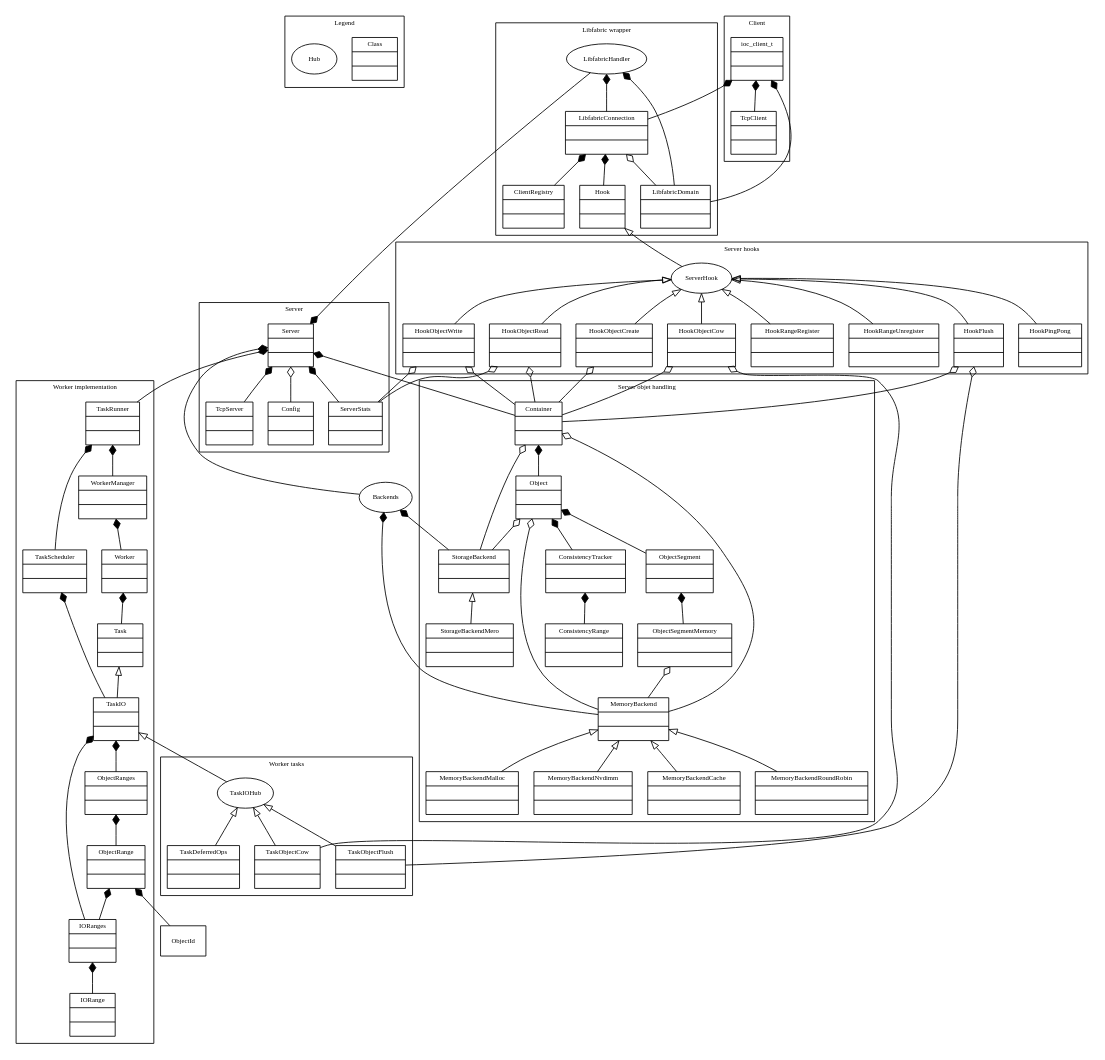
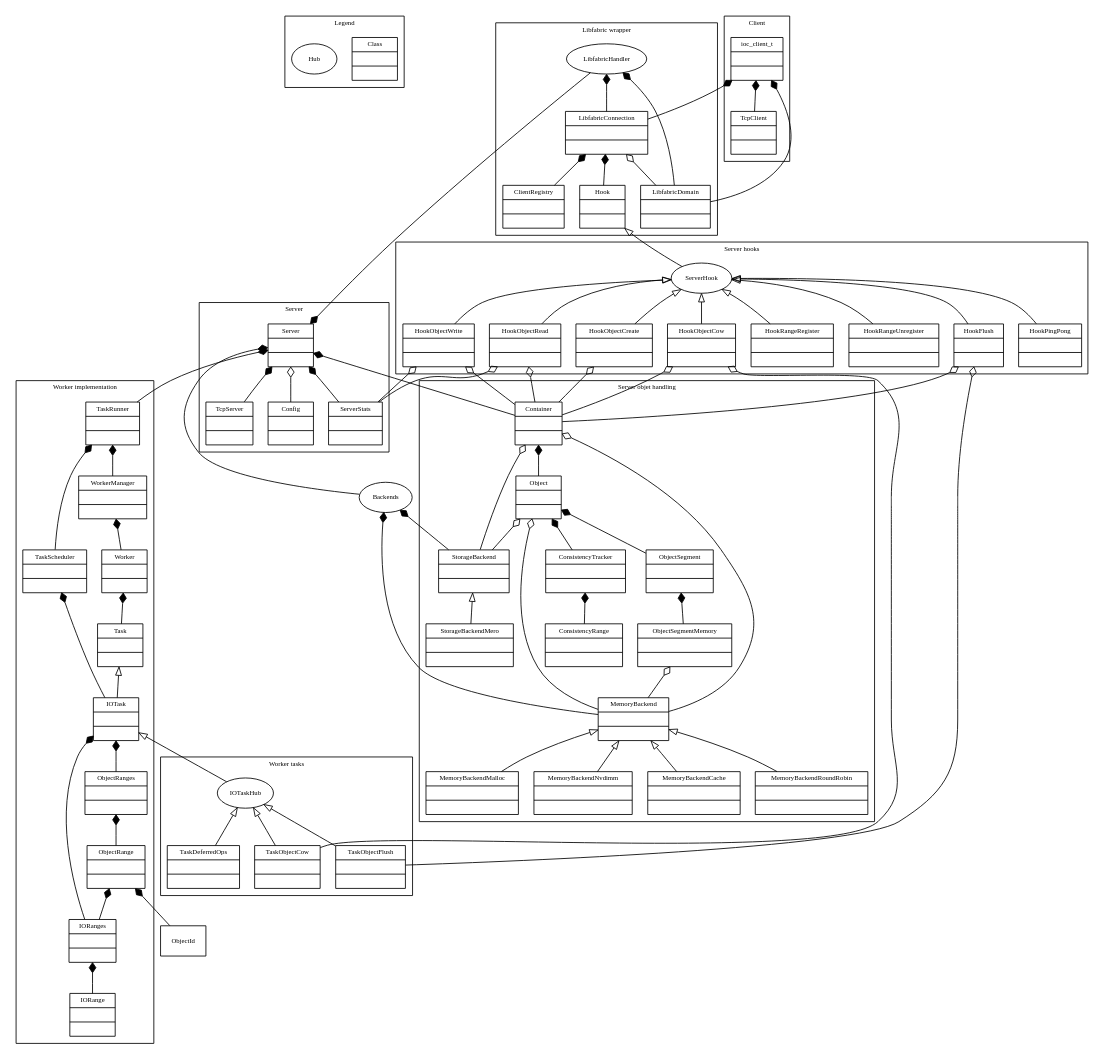
Before and after one commit to svalat/iocatcher: the diagram in doc/_static/uml.dot, drawn with Graphviz. The commit also changed 20 other files, not shown here.

Commit message:
[worker] Rename TaskIO => IOTask

```diff
--- a/doc/_static/uml.dot
+++ b/doc/_static/uml.dot
@@ -195,8 +195,8 @@
 	subgraph cluster_tasks {
 		label = "Worker tasks"
 
-		TaskIOHub [
-			label = "TaskIOHub"
+		IOTaskHub [
+			label = "IOTaskHub"
 			shape = ellipse
 		]
 
@@ -236,8 +236,8 @@
 			label = "{Task|\l|\l}"
 		]
 
-		TaskIO [
-			label = "{TaskIO|\l|\l}"
+		IOTask [
+			label = "{IOTask|\l|\l}"
 		]
 
 		TaskRunner [
@@ -272,11 +272,11 @@
 	MemoryBackend -> MemoryBackendNvdimm
 	MemoryBackend -> MemoryBackendCache
 	MemoryBackend -> MemoryBackendRoundRobin
-	TaskIOHub -> TaskDeferredOps
-	TaskIOHub -> TaskObjectCow
-	TaskIOHub -> TaskObjectFlush
-	TaskIO -> TaskIOHub
-	Task -> TaskIO
+	IOTaskHub -> TaskDeferredOps
+	IOTaskHub -> TaskObjectCow
+	IOTaskHub -> TaskObjectFlush
+	IOTask -> IOTaskHub
+	Task -> IOTask
 
 	//composition
 	LibfabricHandler -> LibfabricDomain[arrowtail=diamond]
@@ -320,10 +320,10 @@
 	ObjectRange -> IORanges[arrowtail=diamond]
 	ObjectRanges -> ObjectRange[arrowtail=diamond]
 	WorkerManager -> Worker[arrowtail=diamond]
-	TaskScheduler -> TaskIO[arrowtail=diamond]
+	TaskScheduler -> IOTask[arrowtail=diamond]
 	TaskRunner -> WorkerManager[arrowtail=diamond]
 	TaskRunner -> TaskScheduler[arrowtail=diamond]
 	Worker -> Task[arrowtail=diamond]
-	TaskIO -> IORanges[arrowtail=diamond]
-	TaskIO -> ObjectRanges[arrowtail=diamond]
+	IOTask -> IORanges[arrowtail=diamond]
+	IOTask -> ObjectRanges[arrowtail=diamond]
 }
```
